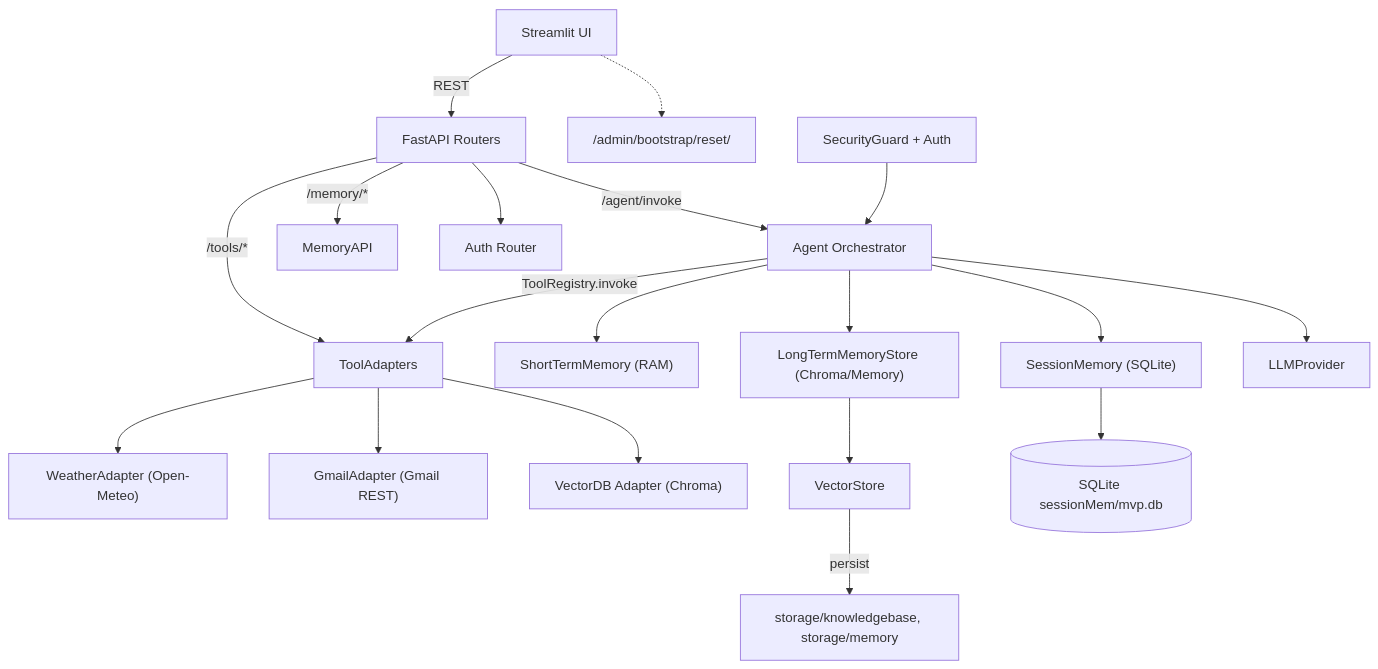
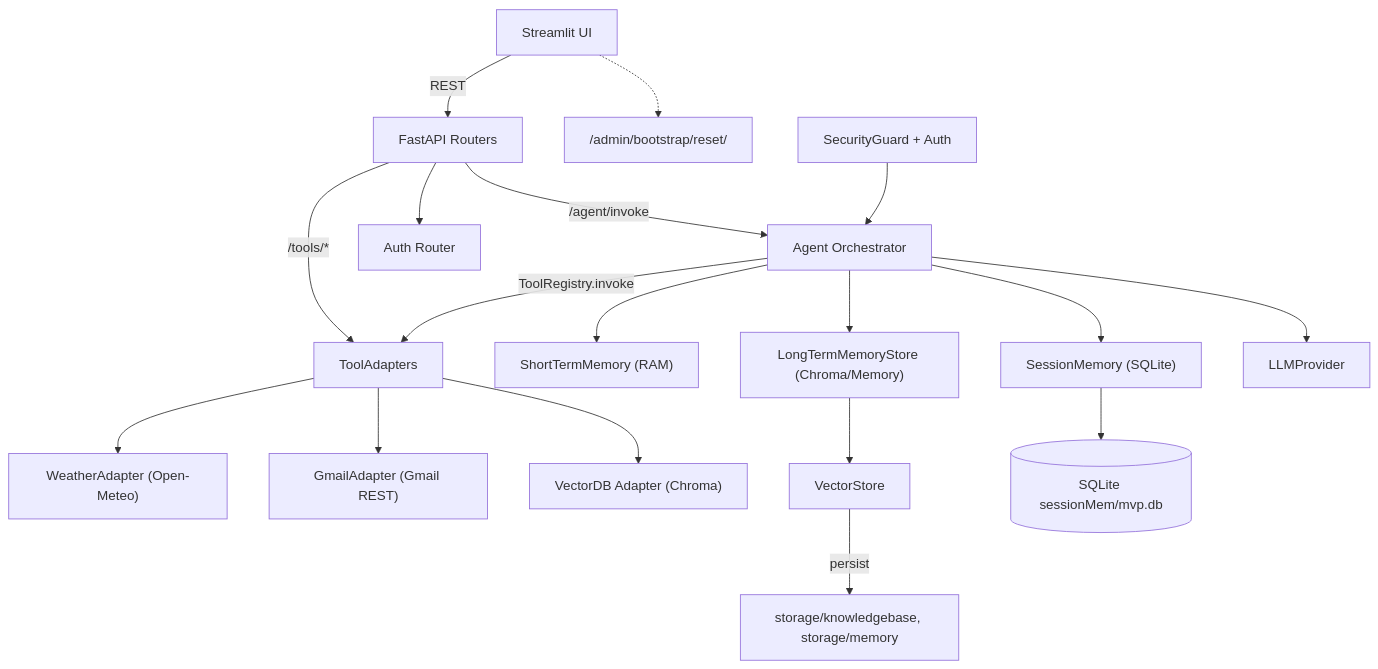
One commit to JiangXue0820/agentic_ai_chatbot changed the first of 6 diagrams in design_report.md. Above: the diagram before and after it, drawn with Mermaid. The commit also changed other lines of this file, not shown here.

````diff
--- a/design_report.md
+++ b/design_report.md
@@ -85,21 +85,20 @@
 ```mermaid
 graph TD
     UI[Streamlit UI] -->|REST| API[FastAPI Routers]
     API -->|/agent/invoke| AgentCore[Agent Orchestrator]
     API -->|/tools/*| ToolAdapters
-    API -->|/memory/*| MemoryAPI
+    API --> Auth["Auth Router"]
     AgentCore --> ShortMem["ShortTermMemory (RAM)"]
     AgentCore --> SessionMem["SessionMemory (SQLite)"]
     AgentCore --> LongMem["LongTermMemoryStore (Chroma/Memory)"]
     AgentCore --> IntentLLM["LLMProvider"]
     AgentCore -- ToolRegistry.invoke --> ToolAdapters
     ToolAdapters --> Weather["WeatherAdapter (Open-Meteo)"]
     ToolAdapters --> Gmail["GmailAdapter (Gmail REST)"]
     ToolAdapters --> VDB["VectorDB Adapter (Chroma)"]
     LongMem --> VectorStore
     SessionMem --> SQLite[(SQLite sessionMem/mvp.db)]
     VectorStore -->|persist| Storage["storage/knowledgebase, storage/memory"]
     UI -.-> AdminAPI["/admin/bootstrap/reset/"]
     Security["SecurityGuard + Auth"] --> AgentCore
-    API --> Auth["Auth Router"]
 ```
````
